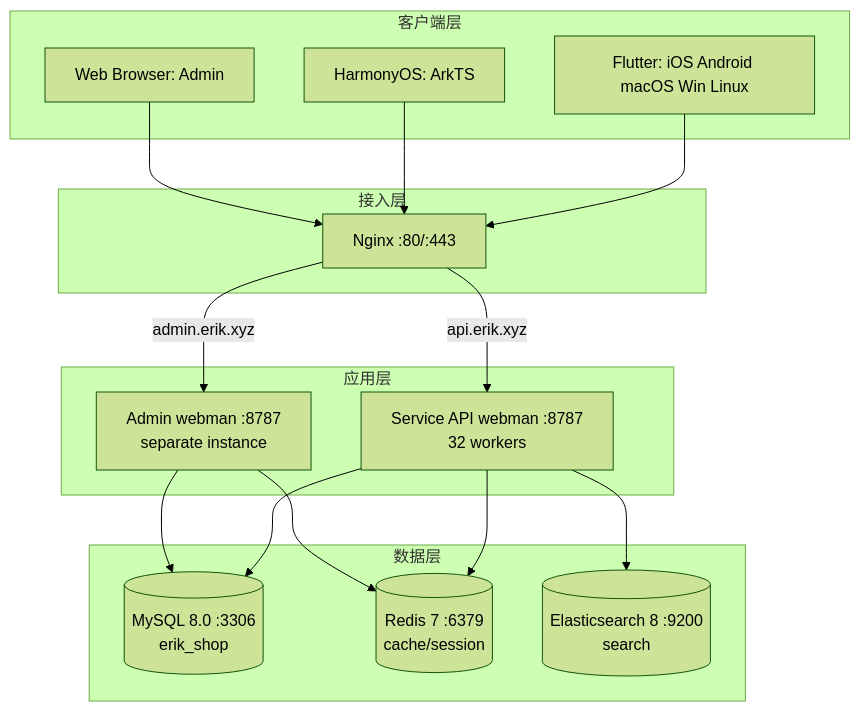
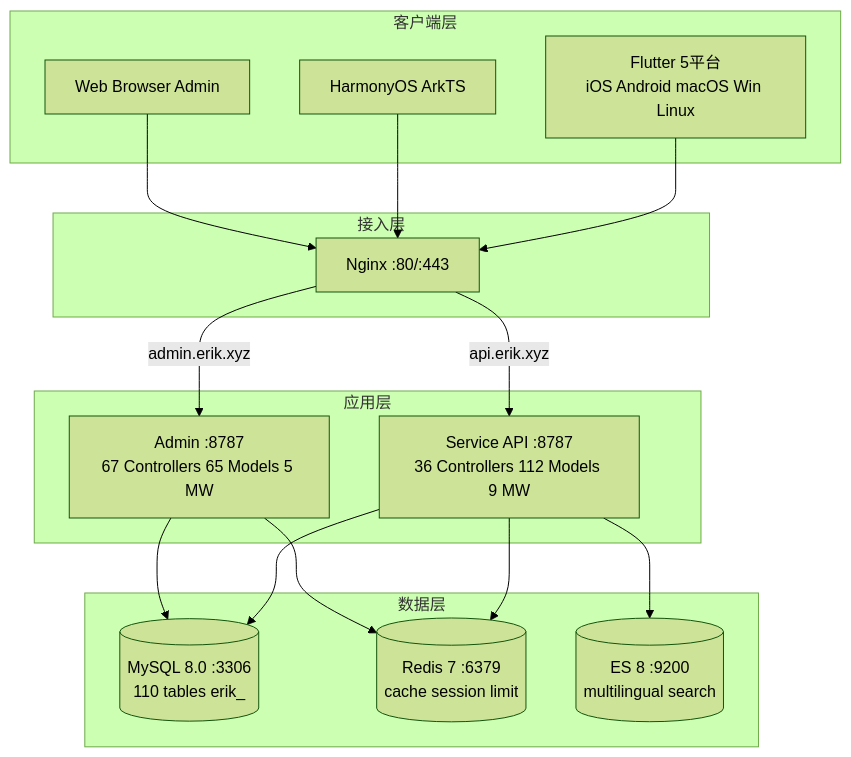
Before and after one commit to erikwang2013/erik-shop: the first of 4 diagrams in docs/architecture-full.md, drawn with Mermaid (forest theme). The commit also changed other lines of this file and 1 other file, not shown here.

````diff
--- a/docs/architecture-full.md
+++ b/docs/architecture-full.md
@@ -455,30 +38,30 @@
 ```mermaid
 graph TD
     subgraph Clients[客户端层]
-        F[Flutter: iOS Android macOS Win Linux]
-        H[HarmonyOS: ArkTS]
-        W[Web Browser: Admin]
+        F[Flutter 5平台<br/>iOS Android macOS Win Linux]
+        H[HarmonyOS ArkTS]
+        W[Web Browser Admin]
     end
     subgraph Gateway[接入层]
         N[Nginx :80/:443]
     end
     subgraph Apps[应用层]
-        S[Service API webman :8787<br/>32 workers]
-        A[Admin webman :8787<br/>separate instance]
+        S[Service API :8787<br/>36 Controllers 112 Models 9 MW]
+        A[Admin :8787<br/>67 Controllers 65 Models 5 MW]
     end
     subgraph Data[数据层]
-        M[(MySQL 8.0 :3306<br/>erik_shop)]
-        R[(Redis 7 :6379<br/>cache/session)]
-        E[(Elasticsearch 8 :9200<br/>search)]
+        M[(MySQL 8.0 :3306<br/>110 tables erik_)]
+        R[(Redis 7 :6379<br/>cache session limit)]
+        E[(ES 8 :9200<br/>multilingual search)]
     end
     F --> N
     H --> N
     W --> N
     N -->|api.erik.xyz| S
     N -->|admin.erik.xyz| A
     S --> M
     S --> R
     S --> E
     A --> M
     A --> R
 ```
````
